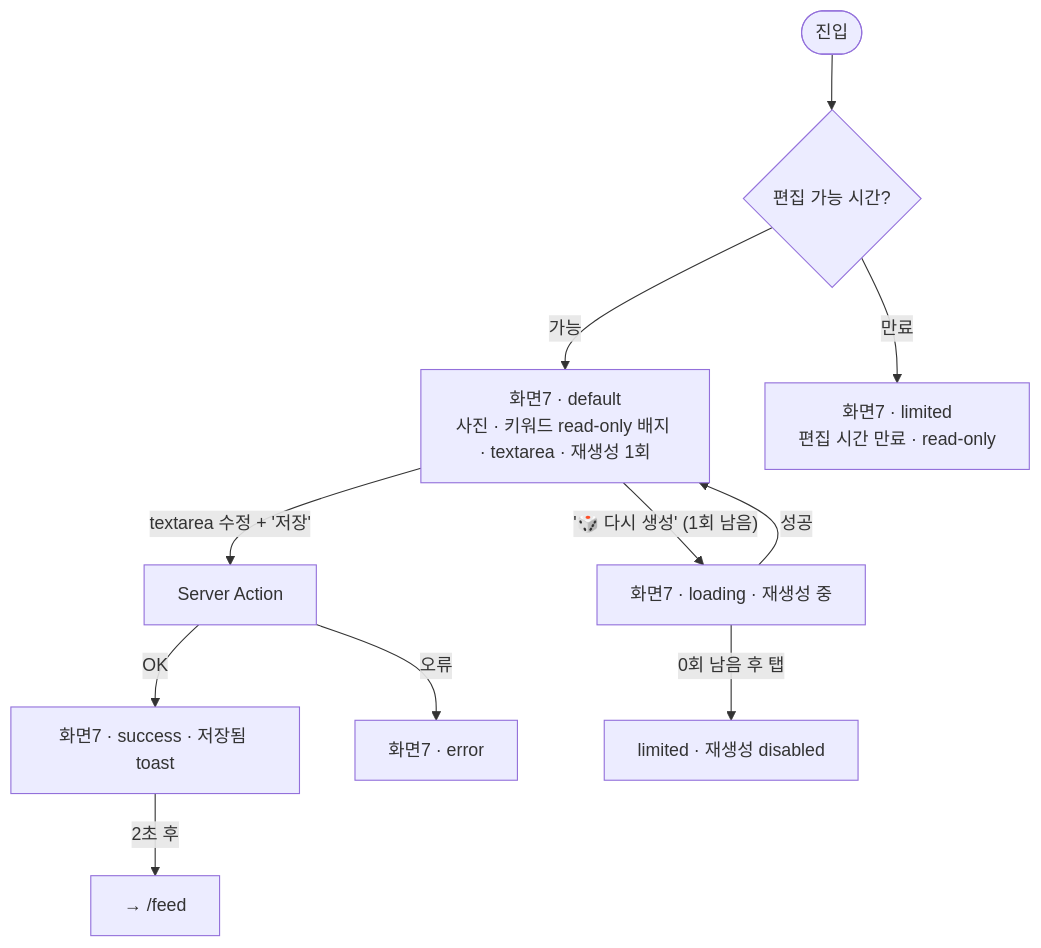
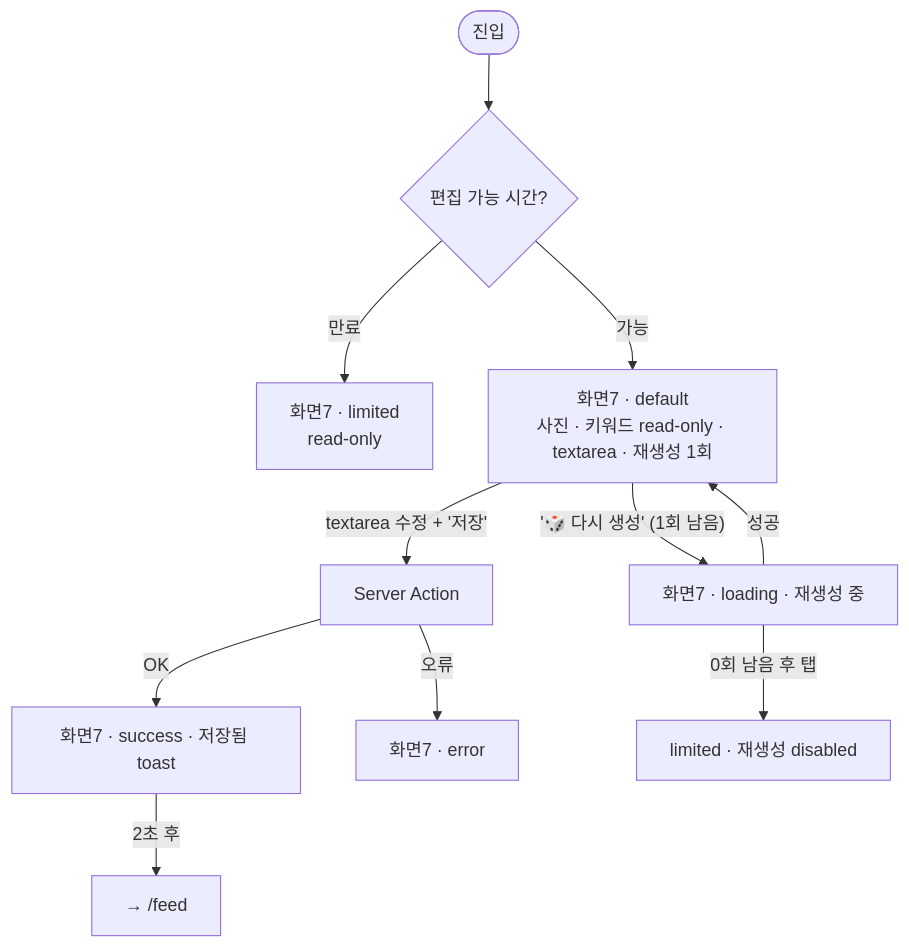
The eighth of 13 diagrams in docs/DESIGN_FLOW.md (pistachio8/with-key-app), drawn with Mermaid before and after one commit. The commit also changed other lines of this file, not shown here.

First line of the commit message:
docs(design-flow): sync v1.1 with multi-group / invite / proxy

````diff
--- a/docs/DESIGN_FLOW.md
+++ b/docs/DESIGN_FLOW.md
@@ -213,19 +244,14 @@
 ```mermaid
 flowchart TD
-  S7[화면7 · default<br/>사진 · 키워드 read-only 배지 · textarea · 재생성 1회]
-  S7L[화면7 · loading · 재생성 중]
-  S7W[화면7 · success · 저장됨 toast]
-  S7LT[화면7 · limited<br/>편집 시간 만료 · read-only]
-
   Entry([진입]) --> S7Q{편집 가능 시간?}
-  S7Q -->|만료| S7LT
-  S7Q -->|가능| S7
+  S7Q -->|만료| S7LT[화면7 · limited<br/>read-only]
+  S7Q -->|가능| S7[화면7 · default<br/>사진 · 키워드 read-only · textarea · 재생성 1회]
 
   S7 -- "textarea 수정 + '저장'" --> S7R[Server Action]
-  S7R -->|OK| S7W
+  S7R -->|OK| S7W[화면7 · success · 저장됨 toast]
   S7R -->|오류| S7E[화면7 · error]
-  S7 -- "'🎲 다시 생성' (1회 남음)" --> S7L
+  S7 -- "'🎲 다시 생성' (1회 남음)" --> S7L[화면7 · loading · 재생성 중]
   S7L -->|성공| S7
   S7L -->|0회 남음 후 탭| S7LT2[limited · 재생성 disabled]
   S7W -- "2초 후" --> goS6[→ /feed]
 ```
````
